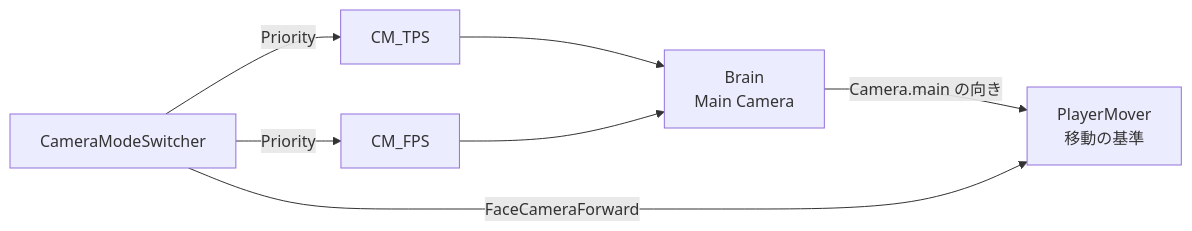
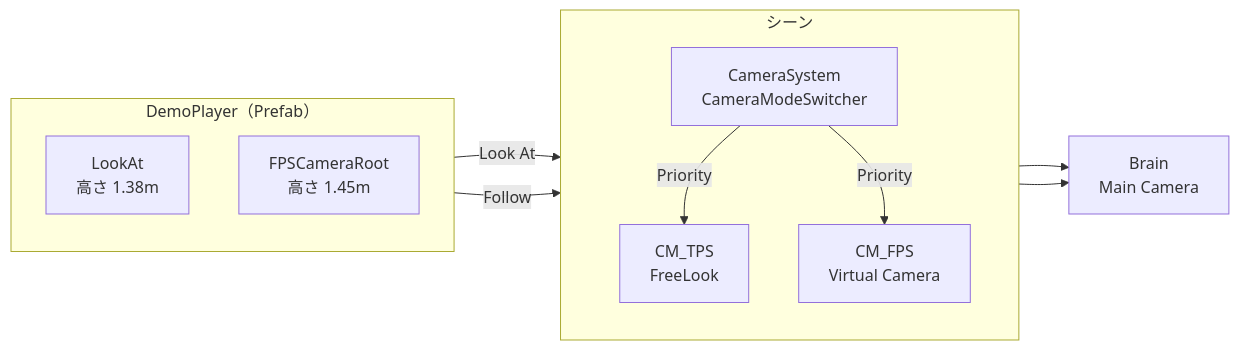
One commit to M-634/unity-game-dev-advance-docs.github.io changed the second of 2 diagrams in docs/lessons/s1-character-camera/cinemachine.md. Above: the diagram before and after it, drawn with Mermaid. The commit also changed other lines of this file and 23 other files, not shown here.

````diff
--- a/docs/lessons/s1-character-camera/cinemachine.md
+++ b/docs/lessons/s1-character-camera/cinemachine.md
@@ -326,9 +291,20 @@
 ```mermaid
 flowchart LR
-    SW["CameraModeSwitcher"] -->|"Priority"| TPS["CM_TPS"]
-    SW -->|"Priority"| FPS["CM_FPS"]
+    subgraph Player["DemoPlayer（Prefab）"]
+        direction TB
+        LA["LookAt<br>高さ 1.38m"]
+        FR["FPSCameraRoot<br>高さ 1.45m"]
+    end
+    subgraph Scene["シーン"]
+        direction TB
+        TPS["CM_TPS<br>FreeLook"]
+        FPS["CM_FPS<br>Virtual Camera"]
+        SW["CameraSystem<br>CameraModeSwitcher"]
+    end
+    LA -->|"Look At"| TPS
+    FR -->|"Follow"| FPS
+    SW -->|"Priority"| TPS
+    SW -->|"Priority"| FPS
     TPS --> BR["Brain<br>Main Camera"]
     FPS --> BR
-    BR -->|"Camera.main の向き"| PM["PlayerMover<br>移動の基準"]
-    SW -->|"FaceCameraForward"| PM
 ```
````
